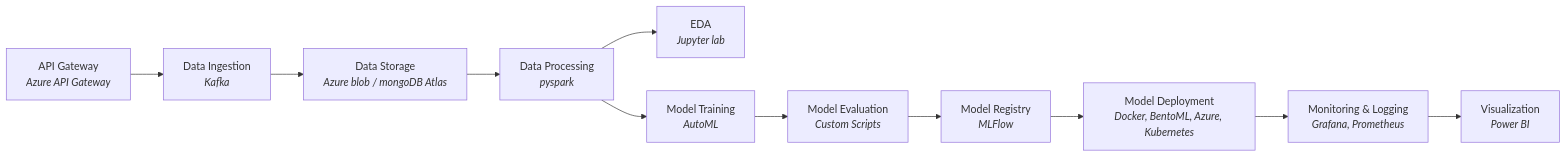
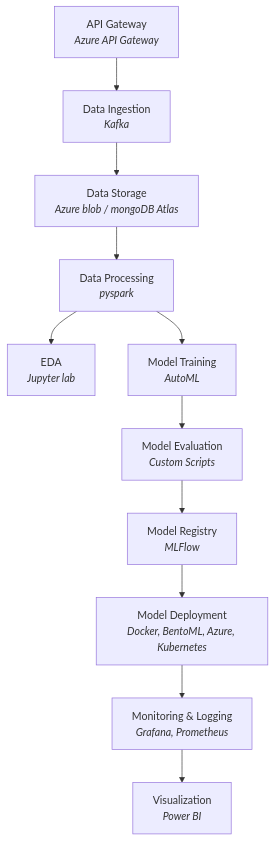
Before and after one commit to lintosunny/Credit-Card-Fraud-Detection-Using-Machine-Learning: the diagram in README.md, drawn with Mermaid. The commit also changed other lines of this file, not shown here.

````diff
--- a/README.md
+++ b/README.md
@@ -17,24 +17,24 @@
 ```mermaid
-flowchart LR
+flowchart TD
     A["`API Gateway
     _Azure API Gateway_`"] --> B["`Data Ingestion
     _Kafka_`"]
     B --> C["`Data Storage
     _Azure blob / mongoDB Atlas_`"]
     C --> D["`Data Processing
     _pyspark_`"]
     D --> E["`EDA
     _Jupyter lab_`"]
     D --> F["`Model Training
     _AutoML_`"]
     F --> G["`Model Evaluation
     _Custom Scripts_`"]
     G --> H["`Model Registry
     _MLFlow_`"]
     H --> I["`Model Deployment
     _Docker, BentoML, Azure, Kubernetes_`"]
     I --> J["`Monitoring & Logging
     _Grafana, Prometheus_`"]
     J --> K["`Visualization
     _Power BI_`"]
 ```
````
